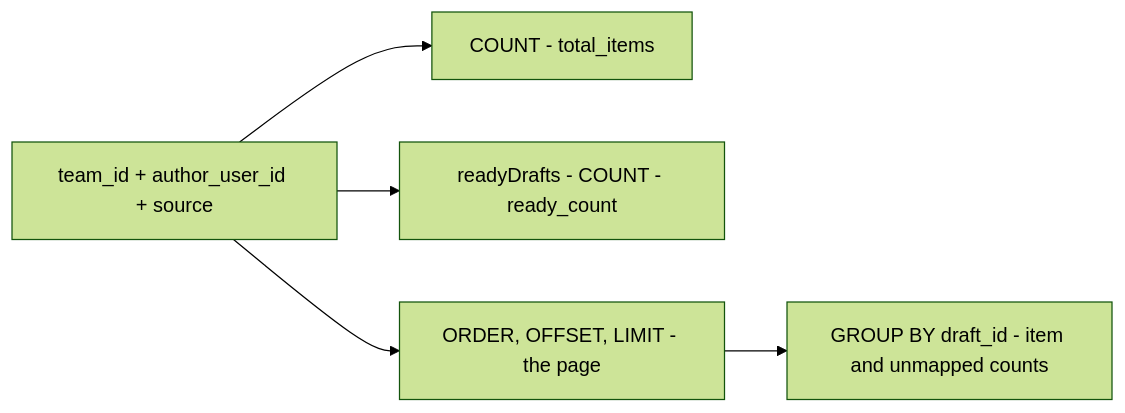
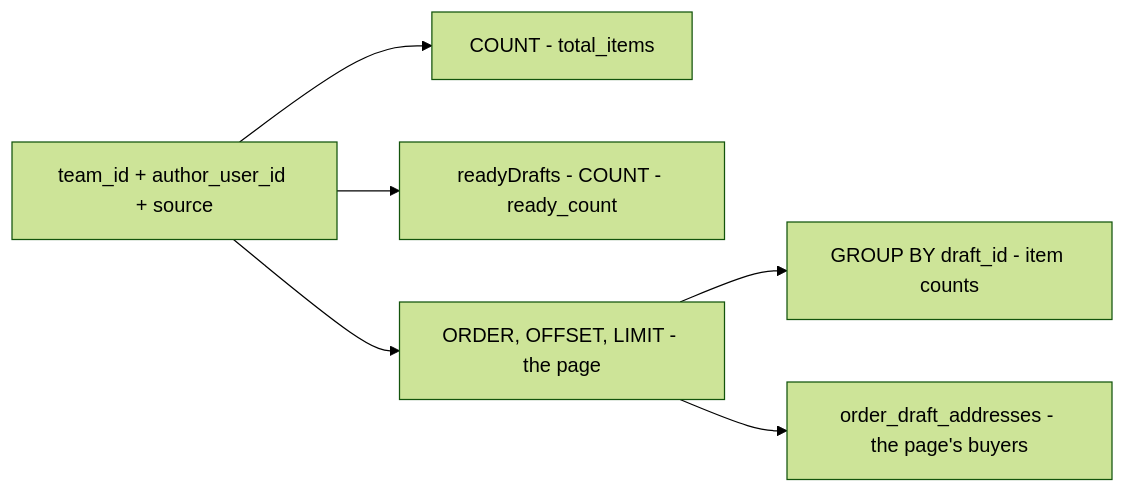
Diagram 19 of 30 in docs/services/selling_service/rpc.md (pdcgo/warehouse_revamp), drawn with Mermaid (forest theme) before and after one commit. The commit also changed other lines of this file and 152 other files, not shown here.

First line of the commit message:
feat(order): order model - courier as shipment_channel_id, addresses as names, drafts store no mapping

````diff
--- a/docs/services/selling_service/rpc.md
+++ b/docs/services/selling_service/rpc.md
@@ -839,7 +952,8 @@
 ```mermaid
 flowchart LR
   Q["team_id + author_user_id + source"] --> C["COUNT - total_items"]
   Q --> R["readyDrafts - COUNT - ready_count"]
   Q --> P["ORDER, OFFSET, LIMIT - the page"]
-  P --> G["GROUP BY draft_id - item and unmapped counts"]
+  P --> G["GROUP BY draft_id - item counts"]
+  P --> A["order_draft_addresses - the page's buyers"]
 ```
````
